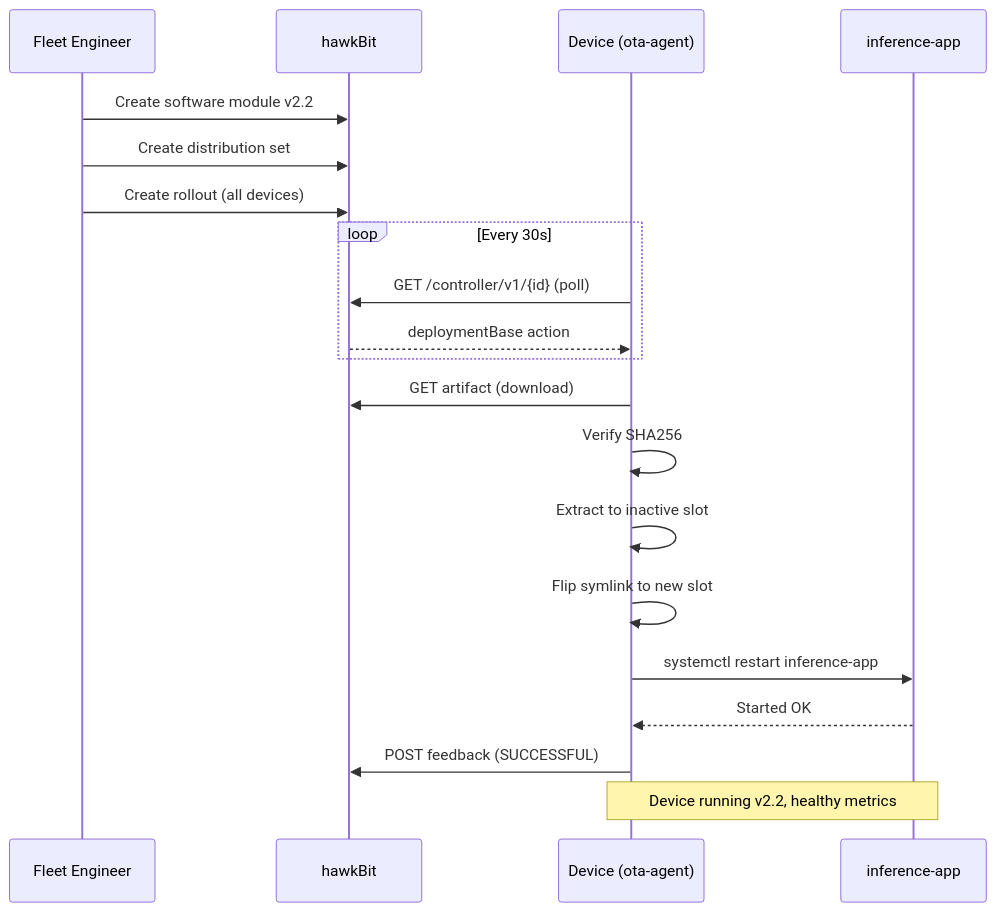
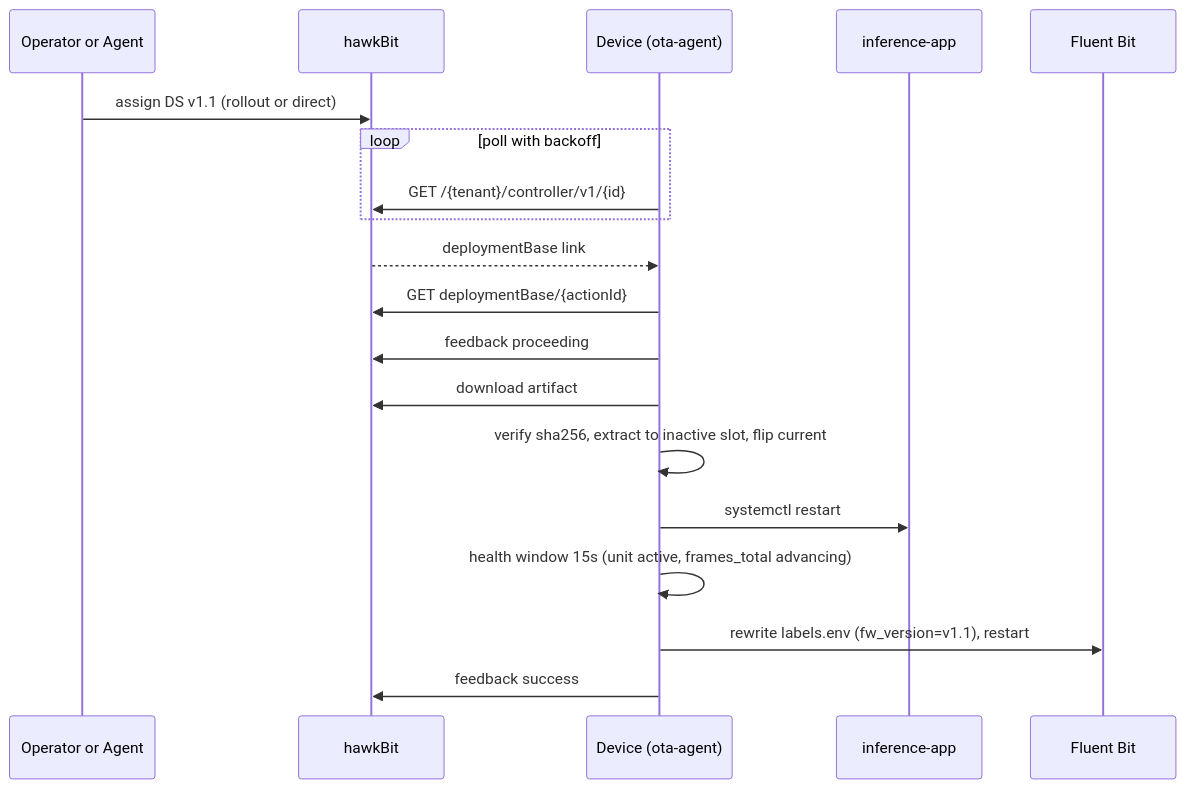
Before and after one commit to phoenixsac/wavebreak: the fifth of 8 diagrams in docs/architecture.md, drawn with Mermaid. The commit also changed other lines of this file and 10 other files, not shown here.

````diff
--- a/docs/architecture.md
+++ b/docs/architecture.md
@@ -163,23 +222,22 @@
 ```mermaid
 sequenceDiagram
-    participant E as Fleet Engineer
+    participant Op as Operator or Agent
     participant HB as hawkBit
     participant D as Device (ota-agent)
     participant App as inference-app
+    participant FB as Fluent Bit
 
-    E->>HB: Create software module v2.2
-    E->>HB: Create distribution set
-    E->>HB: Create rollout (all devices)
-    loop Every 30s
-        D->>HB: GET /controller/v1/{id} (poll)
-        HB-->>D: deploymentBase action
+    Op->>HB: assign DS v1.1 (rollout or direct)
+    loop poll with backoff
+        D->>HB: GET /{tenant}/controller/v1/{id}
     end
-    D->>HB: GET artifact (download)
-    D->>D: Verify SHA256
-    D->>D: Extract to inactive slot
-    D->>D: Flip symlink to new slot
-    D->>App: systemctl restart inference-app
-    App-->>D: Started OK
-    D->>HB: POST feedback (SUCCESSFUL)
-    Note over D,App: Device running v2.2, healthy metrics
+    HB-->>D: deploymentBase link
+    D->>HB: GET deploymentBase/{actionId}
+    D->>HB: feedback proceeding
+    D->>HB: download artifact
+    D->>D: verify sha256, extract to inactive slot, flip current
+    D->>App: systemctl restart
+    D->>D: health window 15s (unit active, frames_total advancing)
+    D->>FB: rewrite labels.env (fw_version=v1.1), restart
+    D->>HB: feedback success
 ```
````
